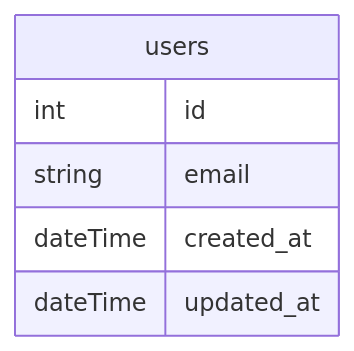
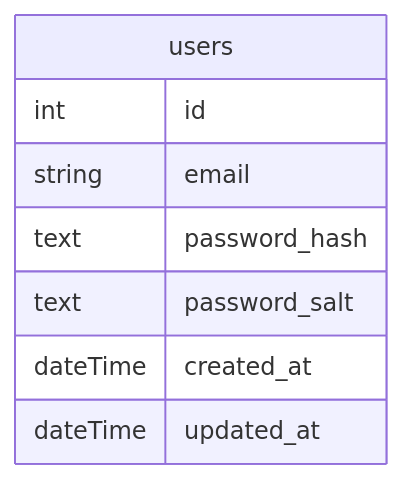
The diagram in readme.md (BinaryStudioAcademy/bsa-2022-guruhub), drawn with Mermaid before and after one commit. The commit also changed 1 other file, not shown here.

Commit message:
development: * db schema

````diff
--- a/readme.md
+++ b/readme.md
@@ -42,9 +42,11 @@
 ```mermaid
 erDiagram
   users {
       int id
       string email
+      text  password_hash
+      text password_salt
       dateTime created_at
       dateTime updated_at
   }
 ```
````
